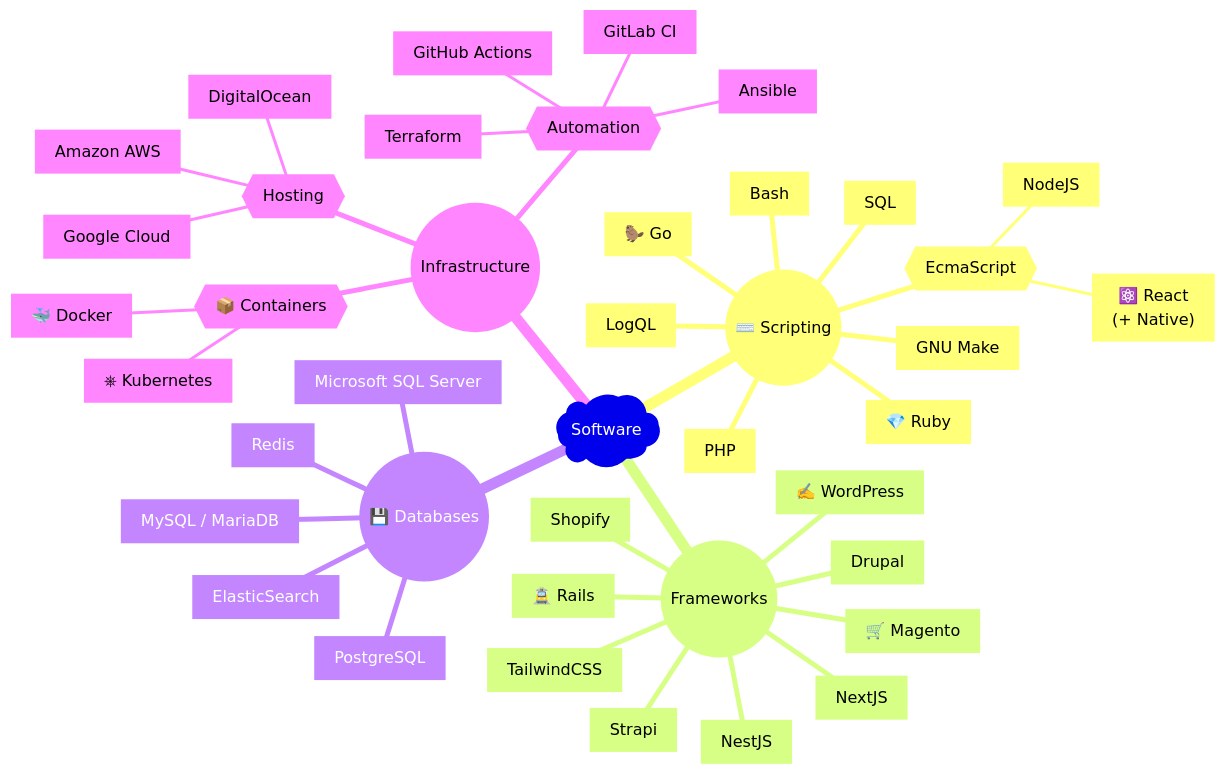
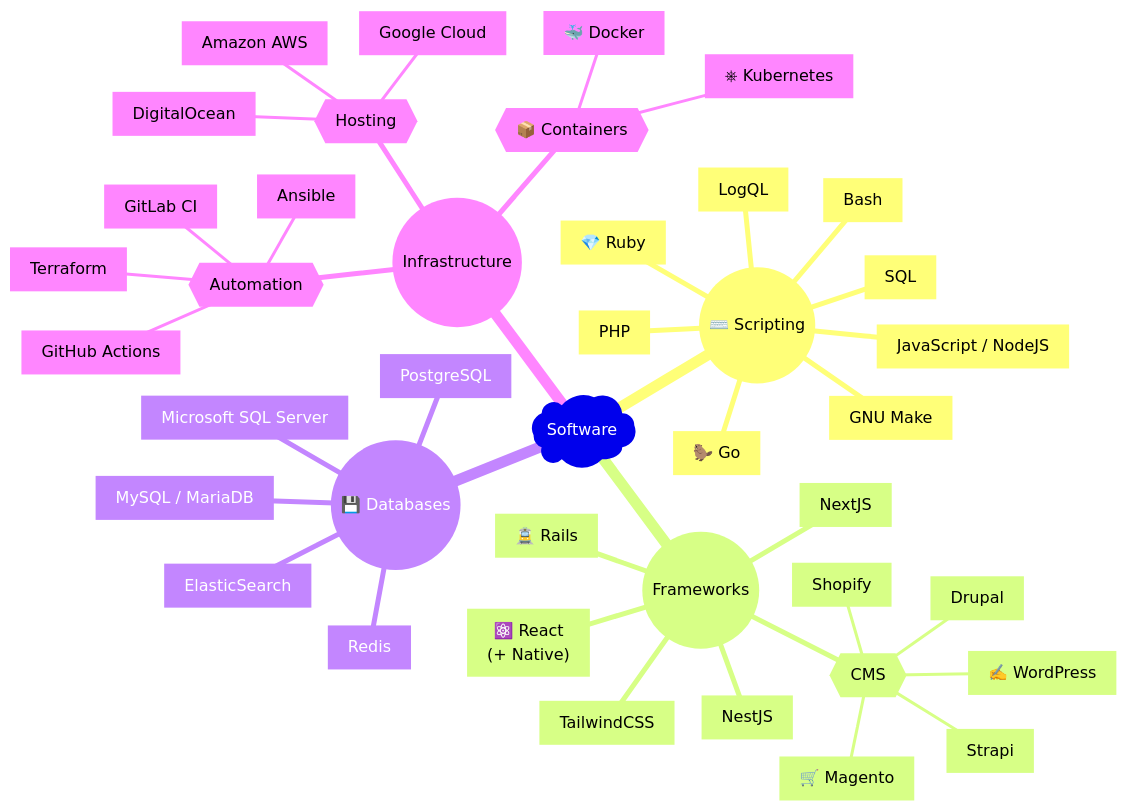
Before and after one commit to lstellway/lstellway: the diagram in README.md, drawn with Mermaid.

````diff
--- a/README.md
+++ b/README.md
@@ -15,44 +15,44 @@
 ```mermaid
 mindmap
   root)Software(
     script((⌨️ Scripting))
       [🦫 Go]
       [💎 Ruby]
       [Bash]
       [PHP]
       [GNU Make]
       [SQL]
       [LogQL]
-      {{EcmaScript}}
-        [NodeJS]
-        ["⚛️ React<br />(+ Native)"]
+      ["JavaScript / NodeJS"]
     ((Frameworks))
       [NextJS]
       [TailwindCSS]
       [NestJS]
-      [✍️ WordPress]
-      [🛒 Magento]
       [🚊 Rails]
-      [Strapi]
-      [Drupal]
-      [Shopify]
+      ["⚛️ React<br />(+ Native)"]
+      {{CMS}}
+        [✍️ WordPress]
+        [🛒 Magento]
+        [Strapi]
+        [Drupal]
+        [Shopify]
     ((💾 Databases))
       [MySQL / MariaDB]
       [PostgreSQL]
       [Microsoft SQL Server]
       [Redis]
       [ElasticSearch]
     ((Infrastructure))
       {{📦 Containers}}
         [🐳 Docker]
         [⎈ Kubernetes]
       {{Hosting}}
         [DigitalOcean]
         [Google Cloud]
         [Amazon AWS]
       {{Automation}}
         [GitHub Actions]
         [GitLab CI]
         [Terraform]
         [Ansible]
 ```
````
